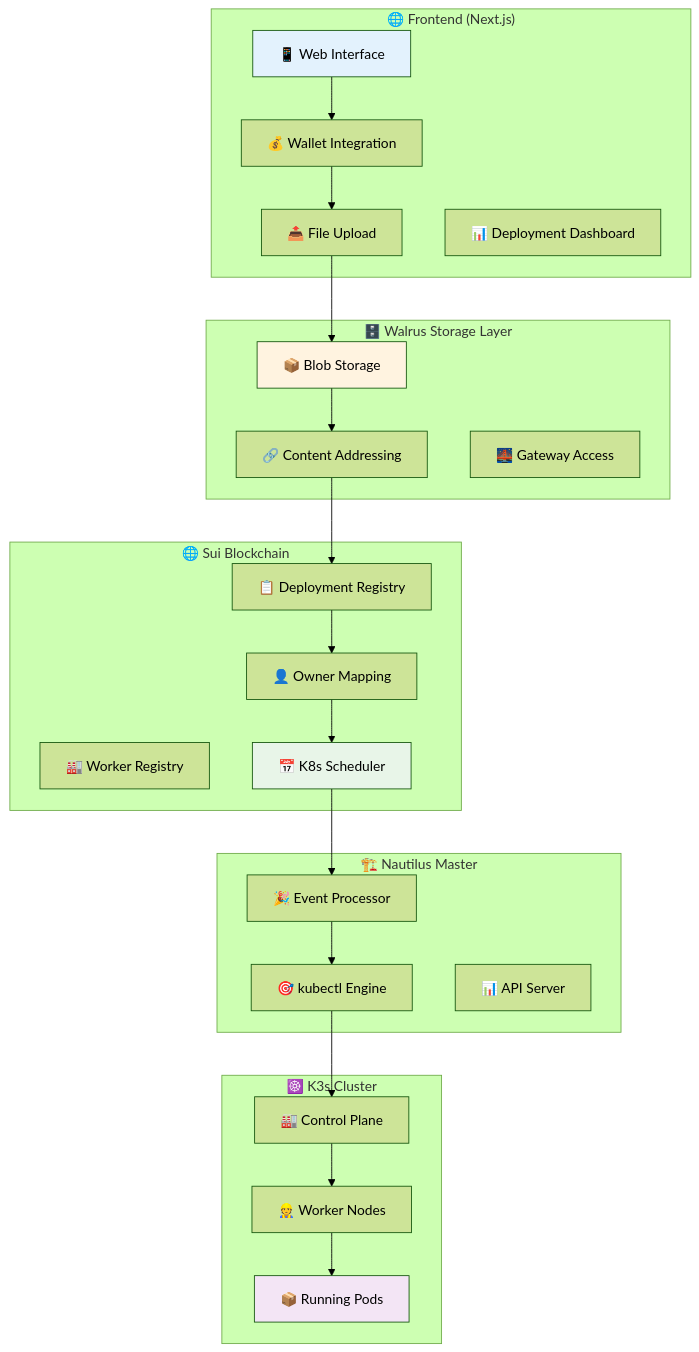
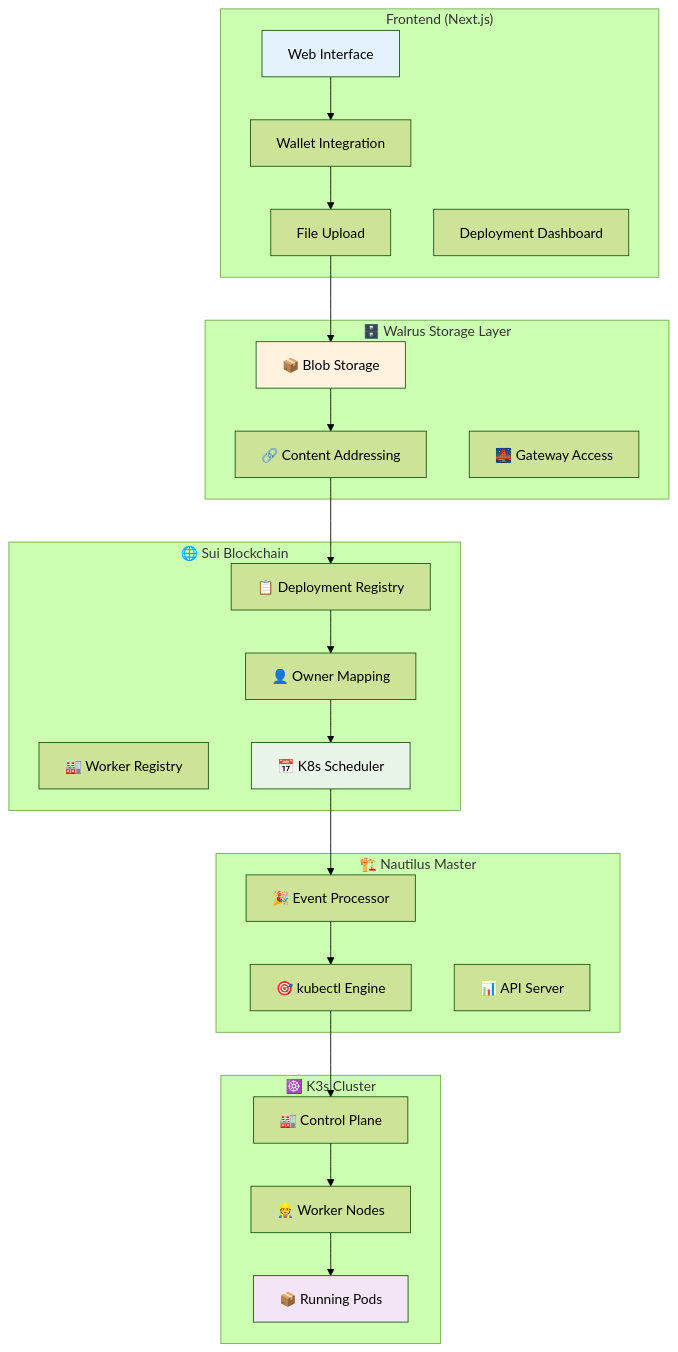
Before and after one commit to DAAS-Vader/.github: the first of 4 diagrams in profile/readme.md, drawn with Mermaid (forest theme).

````diff
--- a/profile/readme.md
+++ b/profile/readme.md
@@ -30,52 +30,52 @@
 ```mermaid
 graph TB
-    subgraph "🌐 Frontend (Next.js)"
-        UI1[📱 Web Interface]
-        UI2[💰 Wallet Integration]
-        UI3[📤 File Upload]
-        UI4[📊 Deployment Dashboard]
+    subgraph "Frontend (Next.js)"
+        UI1[Web Interface]
+        UI2[Wallet Integration]
+        UI3[File Upload]
+        UI4[Deployment Dashboard]
     end
 
     subgraph "🗄️ Walrus Storage Layer"
         WS1[📦 Blob Storage]
         WS2[🔗 Content Addressing]
         WS3[🌉 Gateway Access]
     end
 
     subgraph "🌐 Sui Blockchain"
         SC1[📋 Deployment Registry]
         SC2[👤 Owner Mapping]
         SC3[🏭 Worker Registry]
         SC4[📅 K8s Scheduler]
     end
 
     subgraph "🏗️ Nautilus Master"
         NM1[🎉 Event Processor]
         NM2[🎯 kubectl Engine]
         NM3[📊 API Server]
     end
 
     subgraph "☸️ K3s Cluster"
         K1[🏭 Control Plane]
         K2[👷 Worker Nodes]
         K3[📦 Running Pods]
     end
 
     UI1 --> UI2
     UI2 --> UI3
     UI3 --> WS1
     WS1 --> WS2
     WS2 --> SC1
     SC1 --> SC2
     SC2 --> SC4
     SC4 --> NM1
     NM1 --> NM2
     NM2 --> K1
     K1 --> K2
     K2 --> K3
 
     style UI1 fill:#e3f2fd
     style WS1 fill:#fff3e0
     style SC4 fill:#e8f5e8
     style K3 fill:#f3e5f5
 ```
````
